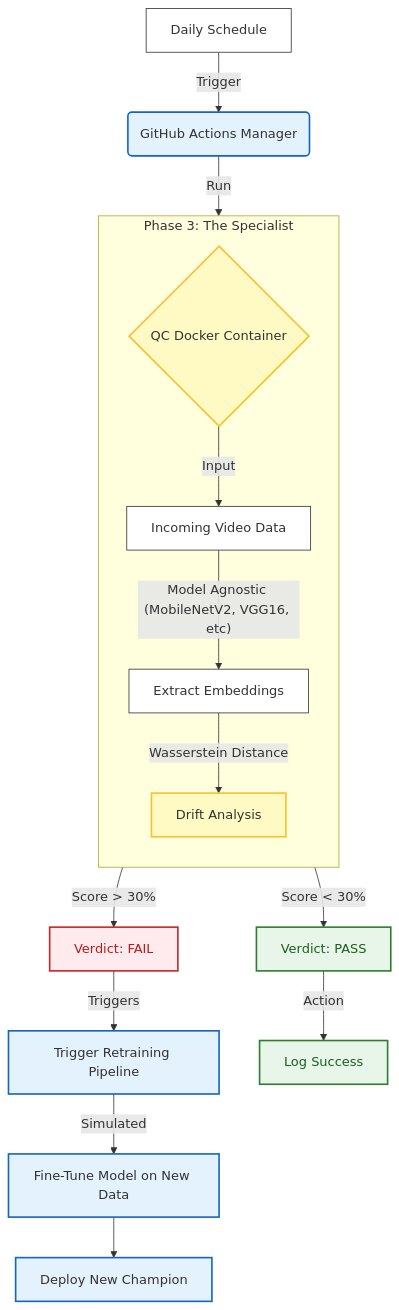
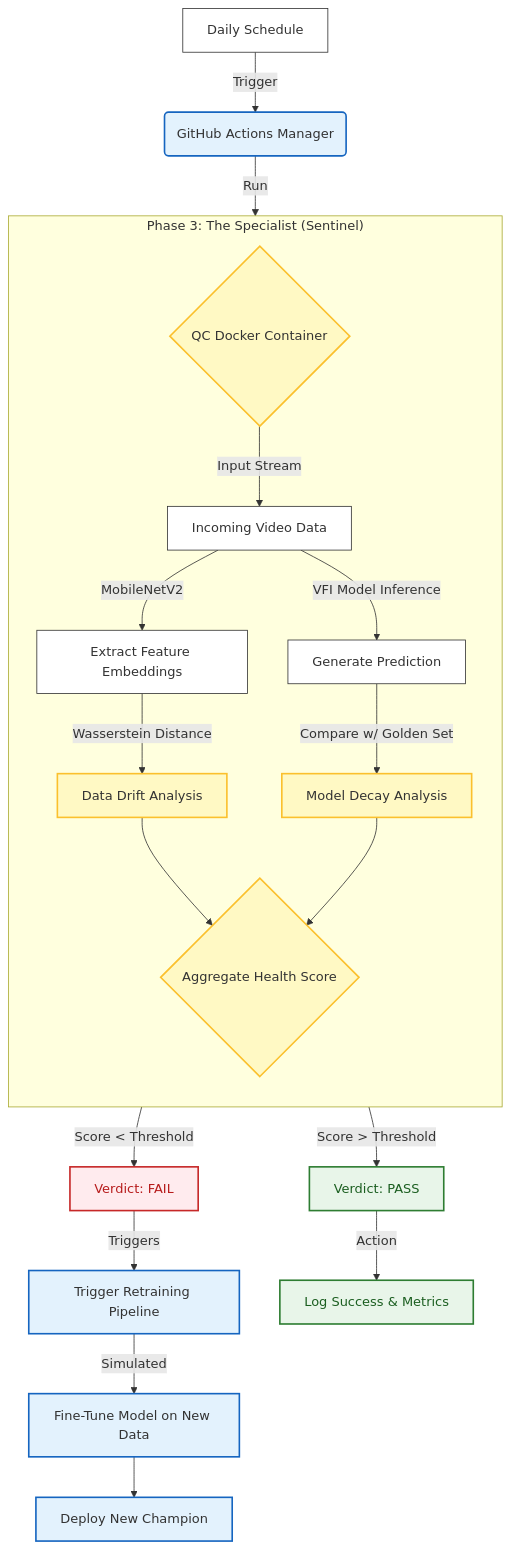
One commit to Kosher-T/sentinel changed the diagram in README.md. Above: the diagram before and after it, drawn with Mermaid.

Commit message:
Update Phase 3 diagram and verdict logic in README

````diff
--- a/README.md
+++ b/README.md
@@ -42,41 +42,51 @@
 ```mermaid
 graph TD
     %% --- Nodes ---
     A["Daily Schedule"] -->|Trigger| B("GitHub Actions Manager")
     
     %% Manager only has ONE action now: Run the container
     B -->|Run| C
     
-    subgraph Phase3 ["Phase 3: The Specialist"]
+    subgraph Phase3 ["Phase 3: The Specialist (Sentinel)"]
         direction TB
         C{"QC Docker Container"}
         
-        C -->|Input| D["Incoming Video Data"]
-        D -->|"Model Agnostic (MobileNetV2, VGG16, etc)"| E["Extract Embeddings"]
-        E -->|"Wasserstein Distance"| F["Drift Analysis"]
+        C -->|Input Stream| D["Incoming Video Data"]
+        
+        %% --- Path 1: Data Drift (The 'Softwood' Check) ---
+        D -->|"MobileNetV2"| E["Extract Feature Embeddings"]
+        E -->|"Wasserstein Distance"| F["Data Drift Analysis"]
+        
+        %% --- Path 2: Model Decay (The 'Wobbly Chair' Check) ---
+        D -->|"VFI Model Inference"| X["Generate Prediction"]
+        X -->|"Compare w/ Golden Set"| Y["Model Decay Analysis"]
+        
+        %% --- Synthesis ---
+        F --> Z{"Aggregate Health Score"}
+        Y --> Z
     end
     
     %% Logic flows out of Phase 3 directly to consequences
-    F -->|"Score > 30%"| G["Verdict: FAIL"]
-    F -->|"Score < 30%"| H["Verdict: PASS"]
+    Z -->|"Score < Threshold"| G["Verdict: FAIL"]
+    Z -->|"Score > Threshold"| H["Verdict: PASS"]
     
     %% Direct sequential actions based on Verdict
     G -->|"Triggers"| J["Trigger Retraining Pipeline"]
-    H -->|"Action"| K["Log Success"]
+    H -->|"Action"| K["Log Success & Metrics"]
     
     J -->|Simulated| L["Fine-Tune Model on New Data"]
     L --> M["Deploy New Champion"]
 
     %% --- Styles ---
     classDef base fill:#fff,stroke:#333,stroke-width:1px
     classDef action fill:#e3f2fd,stroke:#1565c0,stroke-width:2px
     classDef success fill:#e8f5e9,stroke:#2e7d32,stroke-width:2px,color:#1b5e20
     classDef fail fill:#ffebee,stroke:#c62828,stroke-width:2px,color:#b71c1c
     classDef decision fill:#fff9c4,stroke:#fbc02d,stroke-width:2px
 
-    class A,D,E base
+    class A,D,E,X base
     class B,J,L,M action
-    class C,F decision
+    class C,F,Y,Z decision
     class H,K success
     class G fail
 ```
````
